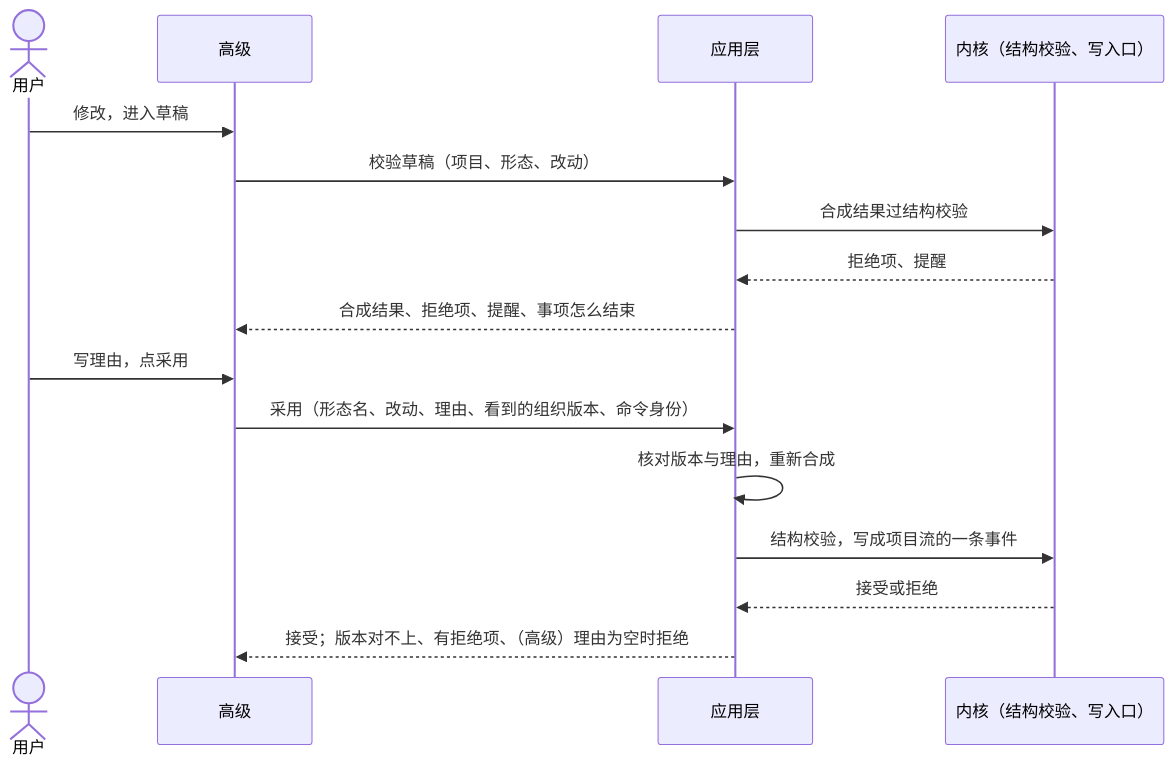
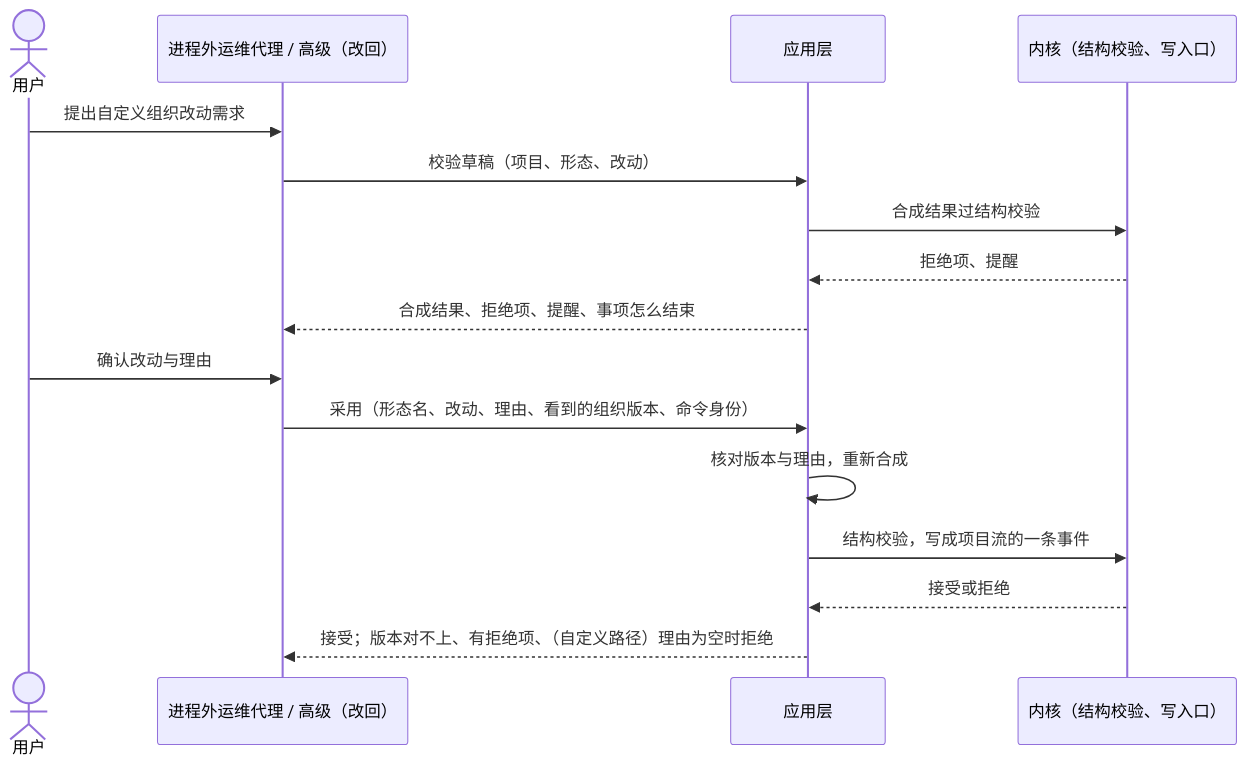
One commit to bender2333/yudao changed the third of 3 diagrams in docs/design/project-organization.md. Above: the diagram before and after it, drawn with Mermaid. The commit also changed other lines of this file and 38 other files, not shown here.

Commit message:
路线图、规则与组织设计：运维代理排入 1.2、精简高级编辑页、登记本体脚手架与阶段检查

````diff
--- a/docs/design/project-organization.md
+++ b/docs/design/project-organization.md
@@ -199,18 +202,18 @@
 ```mermaid
 sequenceDiagram
   actor U as 用户
-  participant P as 高级
+  participant P as 进程外运维代理 / 高级（改回）
   participant A as 应用层
   participant K as 内核（结构校验、写入口）
-  U->>P: 修改，进入草稿
+  U->>P: 提出自定义组织改动需求
   P->>A: 校验草稿（项目、形态、改动）
   A->>K: 合成结果过结构校验
   K-->>A: 拒绝项、提醒
   A-->>P: 合成结果、拒绝项、提醒、事项怎么结束
-  U->>P: 写理由，点采用
+  U->>P: 确认改动与理由
   P->>A: 采用（形态名、改动、理由、看到的组织版本、命令身份）
   A->>A: 核对版本与理由，重新合成
   A->>K: 结构校验，写成项目流的一条事件
   K-->>A: 接受或拒绝
-  A-->>P: 接受；版本对不上、有拒绝项、（高级）理由为空时拒绝
+  A-->>P: 接受；版本对不上、有拒绝项、（自定义路径）理由为空时拒绝
 ```
````
